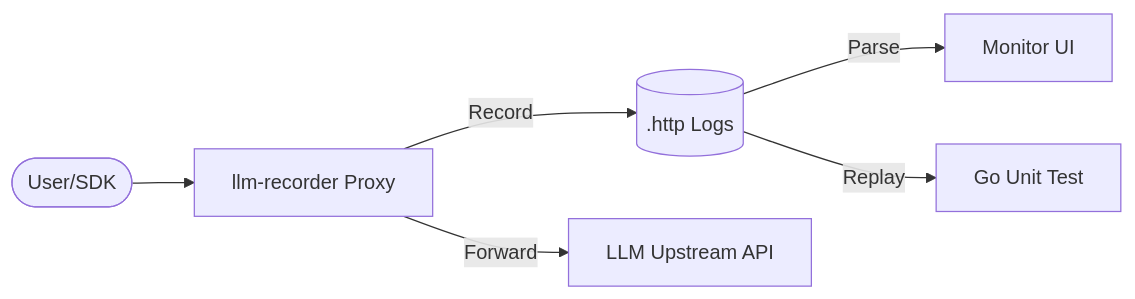
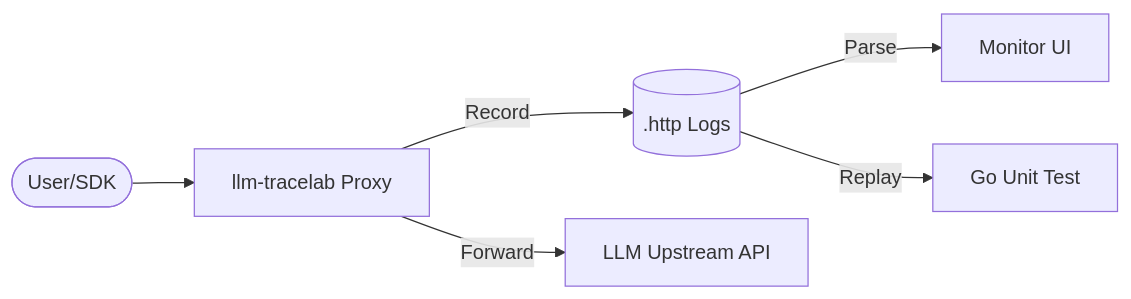
The diagram in README_EN.md (kingfs/llm-tracelab), drawn with Mermaid before and after one commit. The commit also changed other lines of this file and 2 other files, not shown here.

Commit message:
chore: rename llm-tracelab

````diff
--- a/README_EN.md
+++ b/README_EN.md
@@ -23,8 +23,8 @@
 ```mermaid
 graph LR
-    User([User/SDK]) --> Proxy[llm-recorder Proxy]
+    User([User/SDK]) --> Proxy[llm-tracelab Proxy]
     Proxy -->|Record| Disk[(.http Logs)]
     Proxy -->|Forward| Upstream[LLM Upstream API]
     Disk -->|Parse| Monitor[Monitor UI]
     Disk -->|Replay| Unittest[Go Unit Test]
 ```
````
